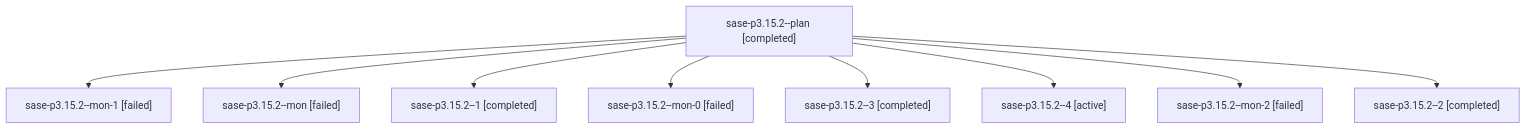
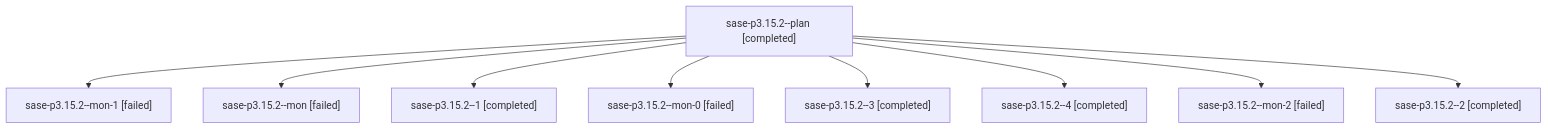
The diagram in families/bbugyi200.athena.sase-p3.15.2.md (sase-org/sase--agents), drawn with Mermaid before and after one commit. The commit also changed other lines of this file and 73 other files, not shown here.

````diff
--- a/families/bbugyi200.athena.sase-p3.15.2.md
+++ b/families/bbugyi200.athena.sase-p3.15.2.md
@@ -9,20 +9,20 @@
 ```mermaid
 flowchart TD
   n0["sase-p3.15.2--plan [completed]"]
   n1["sase-p3.15.2--mon-1 [failed]"]
   n0 --> n1
   n2["sase-p3.15.2--mon [failed]"]
   n0 --> n2
   n3["sase-p3.15.2--1 [completed]"]
   n0 --> n3
   n4["sase-p3.15.2--mon-0 [failed]"]
   n0 --> n4
   n5["sase-p3.15.2--3 [completed]"]
   n0 --> n5
-  n6["sase-p3.15.2--4 [active]"]
+  n6["sase-p3.15.2--4 [completed]"]
   n0 --> n6
   n7["sase-p3.15.2--mon-2 [failed]"]
   n0 --> n7
   n8["sase-p3.15.2--2 [completed]"]
   n0 --> n8
 ```
````
